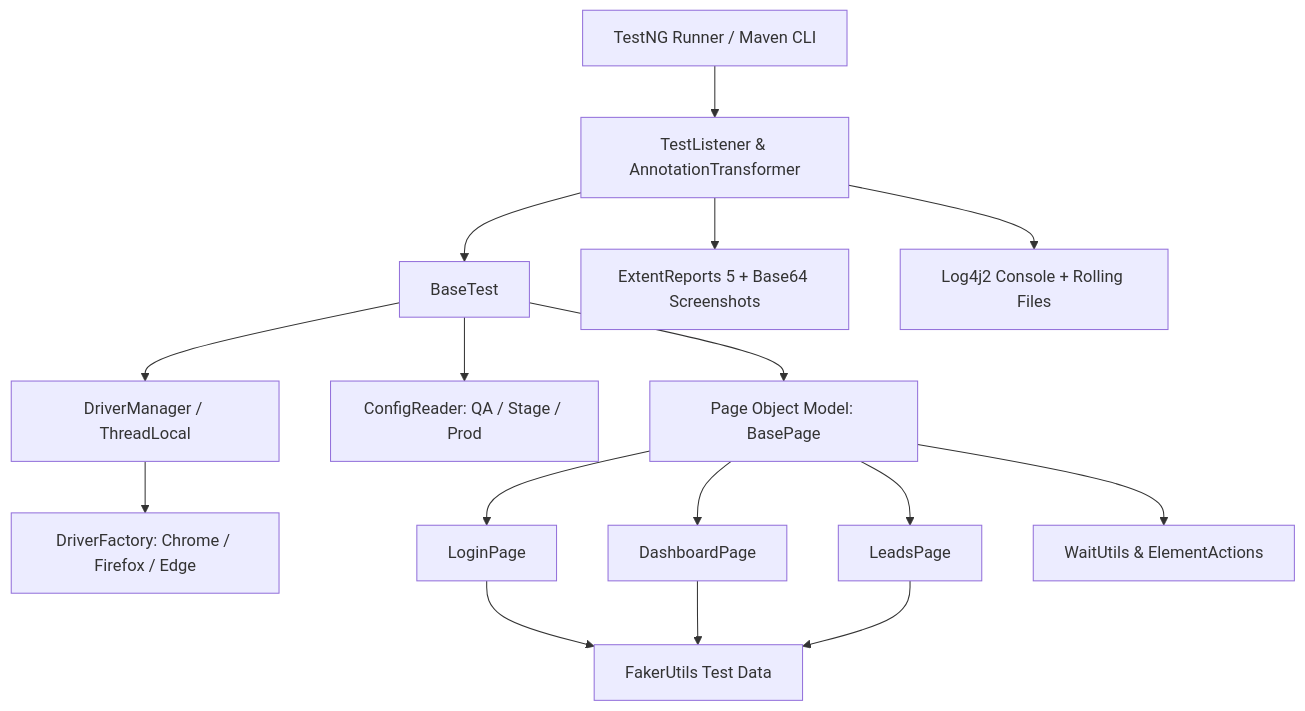
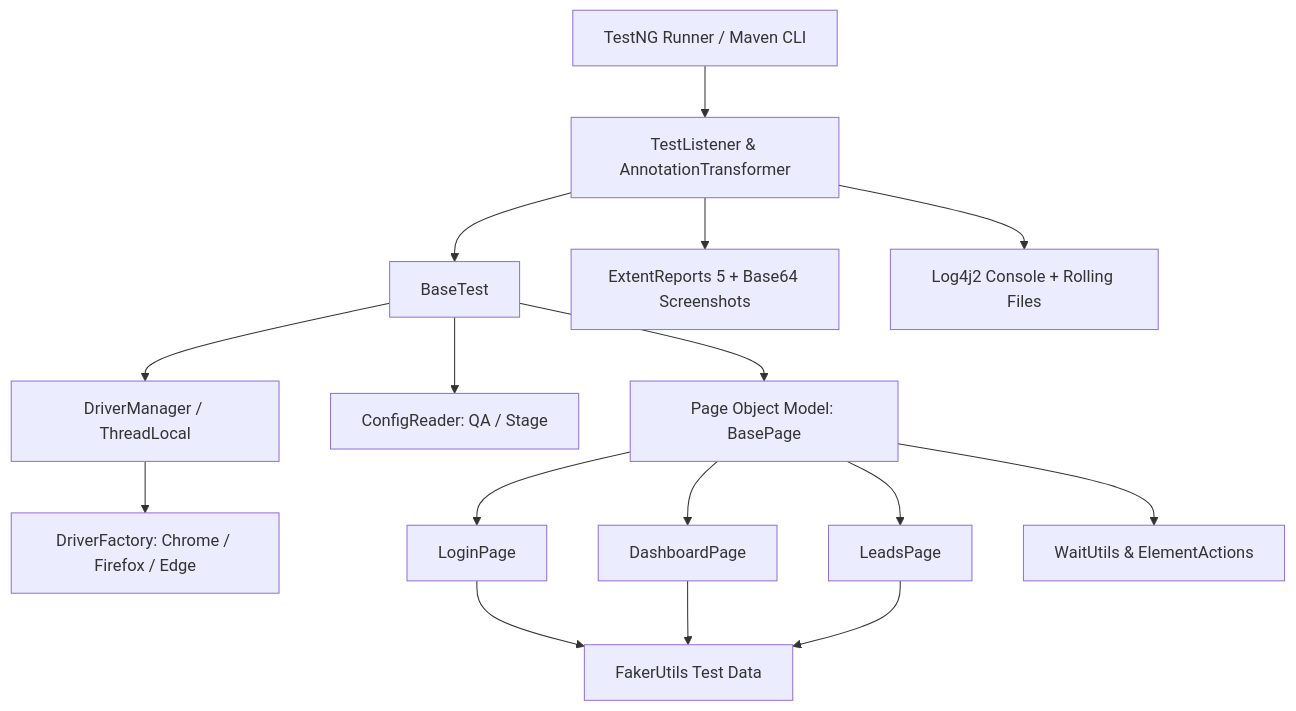
Before and after one commit to sachin-patani18/JSTSPlaywright: the diagram in 00_chapter_prompt_Eng/Selenium_Framework/README.md, drawn with Mermaid. The commit also changed other lines of this file and 21 other files, not shown here.

````diff
--- a/00_chapter_prompt_Eng/Selenium_Framework/README.md
+++ b/00_chapter_prompt_Eng/Selenium_Framework/README.md
@@ -24,18 +24,18 @@
 ```mermaid
 graph TD
     A[TestNG Runner / Maven CLI] --> B[TestListener & AnnotationTransformer]
     B --> C[BaseTest]
     C --> D[DriverManager / ThreadLocal]
     D --> E[DriverFactory: Chrome / Firefox / Edge]
-    C --> F[ConfigReader: QA / Stage / Prod]
+    C --> F[ConfigReader: QA / Stage]
     B --> G[ExtentReports 5 + Base64 Screenshots]
     B --> H[Log4j2 Console + Rolling Files]
     C --> I[Page Object Model: BasePage]
     I --> J[LoginPage]
     I --> K[DashboardPage]
     I --> L[LeadsPage]
     I --> M[WaitUtils & ElementActions]
     J --> N[FakerUtils Test Data]
     K --> N
     L --> N
 ```
````
